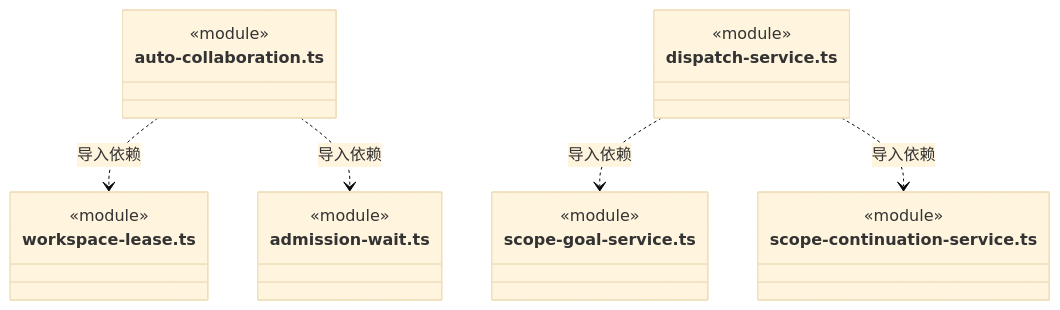
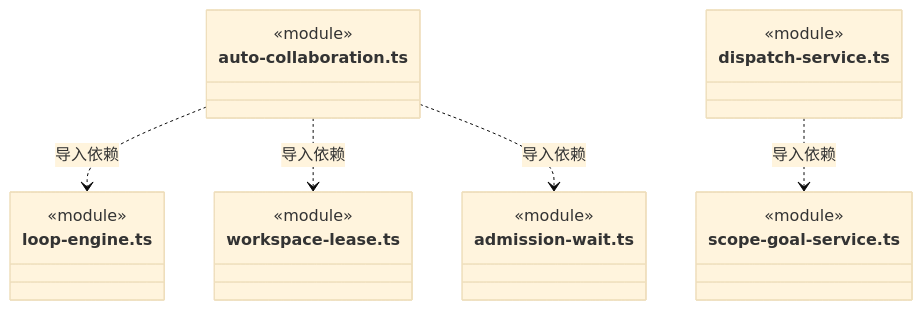
Diagram 40 of 52 in src/backend/scheduler-engine/execution/ARCHITECTURE.md (nan023062/cbim), drawn with Mermaid (base theme) before and after one commit. The commit also changed other lines of this file and 56 other files, not shown here.

````diff
--- a/src/backend/scheduler-engine/execution/ARCHITECTURE.md
+++ b/src/backend/scheduler-engine/execution/ARCHITECTURE.md
@@ -1064,25 +1099,25 @@
 ```mermaid
 classDiagram
 class N_src_backend_scheduler_engine_execution_auto_collaboration_ts["auto-collaboration.ts"] {
+  <<module>>
+}
+class N_src_backend_scheduler_engine_execution_loop_engine_ts["loop-engine.ts"] {
   <<module>>
 }
 class N_src_backend_scheduler_engine_execution_workspace_lease_ts["workspace-lease.ts"] {
   <<module>>
 }
 class N_src_backend_scheduler_engine_execution_admission_wait_ts["admission-wait.ts"] {
   <<module>>
 }
 class N_src_backend_scheduler_engine_execution_dispatch_service_ts["dispatch-service.ts"] {
   <<module>>
 }
 class N_src_backend_scheduler_engine_execution_scope_goal_service_ts["scope-goal-service.ts"] {
   <<module>>
 }
-class N_src_backend_scheduler_engine_execution_scope_continuation_service_ts["scope-continuation-service.ts"] {
-  <<module>>
-}
+N_src_backend_scheduler_engine_execution_auto_collaboration_ts ..> N_src_backend_scheduler_engine_execution_loop_engine_ts : 导入依赖
 N_src_backend_scheduler_engine_execution_auto_collaboration_ts ..> N_src_backend_scheduler_engine_execution_workspace_lease_ts : 导入依赖
 N_src_backend_scheduler_engine_execution_auto_collaboration_ts ..> N_src_backend_scheduler_engine_execution_admission_wait_ts : 导入依赖
 N_src_backend_scheduler_engine_execution_dispatch_service_ts ..> N_src_backend_scheduler_engine_execution_scope_goal_service_ts : 导入依赖
-N_src_backend_scheduler_engine_execution_dispatch_service_ts ..> N_src_backend_scheduler_engine_execution_scope_continuation_service_ts : 导入依赖
 ```
````
